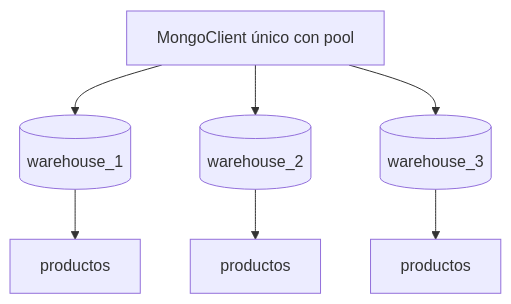
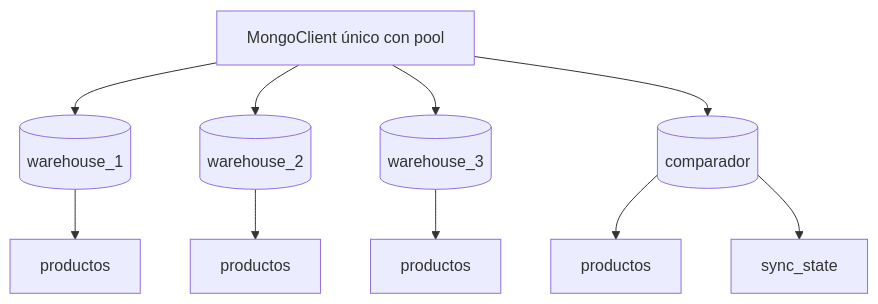
The second of 2 diagrams in docs/ARQUITECTURA.md (JimmyPiedrahita/asistente_compras), drawn with Mermaid before and after one commit. The commit also changed other lines of this file and 37 other files, not shown here.

````diff
--- a/docs/ARQUITECTURA.md
+++ b/docs/ARQUITECTURA.md
@@ -86,10 +94,13 @@
 ```mermaid
 flowchart TB
     Cliente[MongoClient único con pool]
     Cliente --> DB1[(warehouse_1)]
     Cliente --> DB2[(warehouse_2)]
     Cliente --> DB3[(warehouse_3)]
+    Cliente --> CMP[(comparador)]
     DB1 --> C1[productos]
     DB2 --> C2[productos]
     DB3 --> C3[productos]
+    CMP --> CP[productos]
+    CMP --> CS[sync_state]
 ```
````
